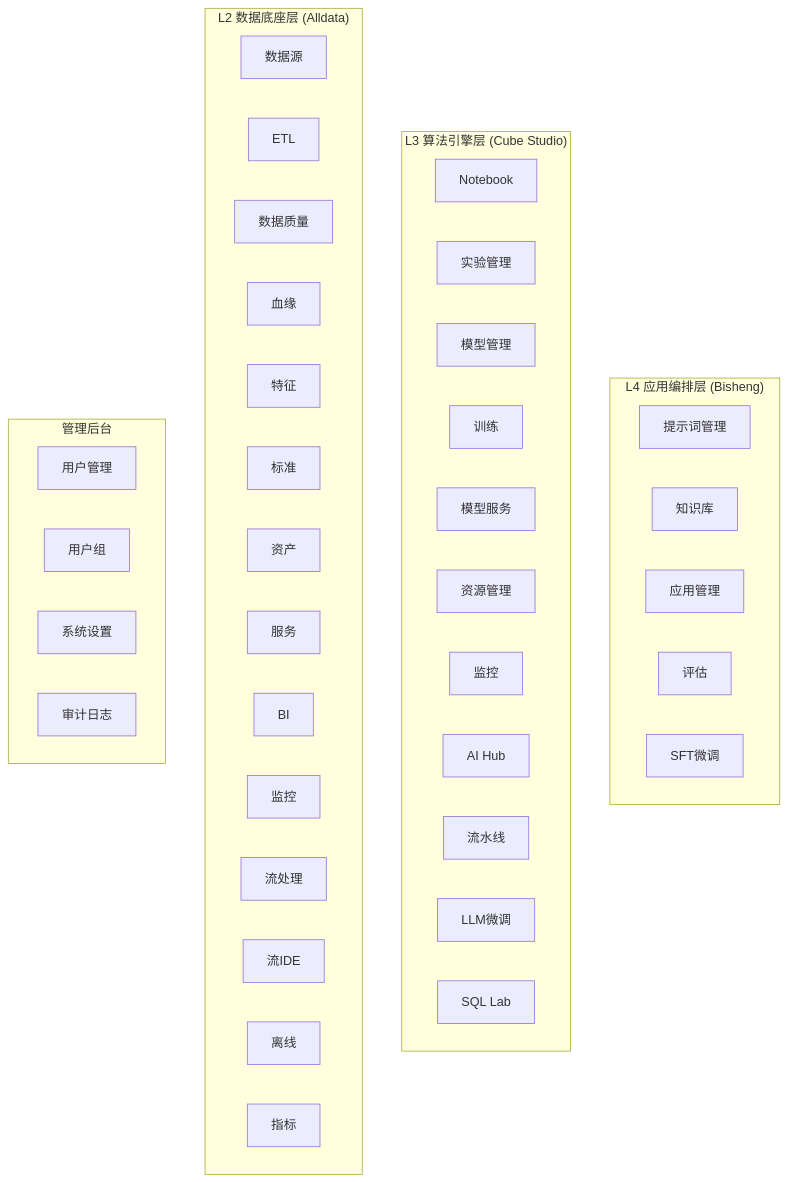
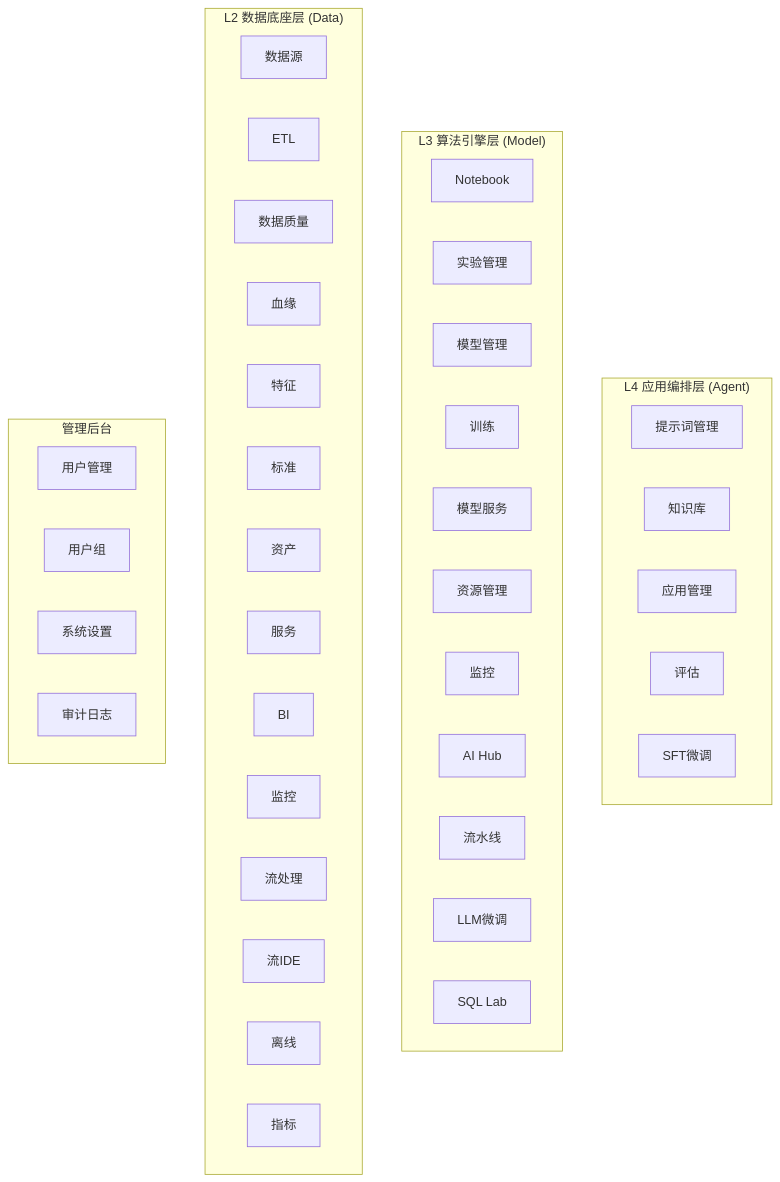
One commit to iannil/one-data-studio changed the diagram in tests/e2e/README.md. Above: the diagram before and after it, drawn with Mermaid. The commit also changed other lines of this file and 128 other files, not shown here.

````diff
--- a/tests/e2e/README.md
+++ b/tests/e2e/README.md
@@ -11,48 +11,48 @@
 ```mermaid
 graph TB
-    subgraph "L4 应用编排层 (Bisheng)"
+    subgraph "L4 应用编排层 (Agent)"
         B1[提示词管理]
         B2[知识库]
         B3[应用管理]
         B4[评估]
         B5[SFT微调]
     end
 
-    subgraph "L3 算法引擎层 (Cube Studio)"
+    subgraph "L3 算法引擎层 (Model)"
         C1[Notebook]
         C2[实验管理]
         C3[模型管理]
         C4[训练]
         C5[模型服务]
         C6[资源管理]
         C7[监控]
         C8[AI Hub]
         C9[流水线]
         C10[LLM微调]
         C11[SQL Lab]
     end
 
-    subgraph "L2 数据底座层 (Alldata)"
+    subgraph "L2 数据底座层 (Data)"
         A1[数据源]
         A2[ETL]
         A3[数据质量]
         A4[血缘]
         A5[特征]
         A6[标准]
         A7[资产]
         A8[服务]
         A9[BI]
         A10[监控]
         A11[流处理]
         A12[流IDE]
         A13[离线]
         A14[指标]
     end
 
     subgraph "管理后台"
         AD1[用户管理]
         AD2[用户组]
         AD3[系统设置]
         AD4[审计日志]
     end
 ```
````
